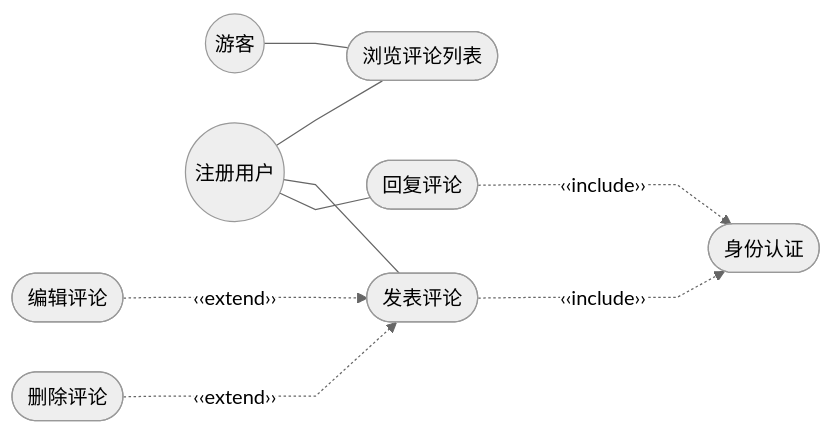
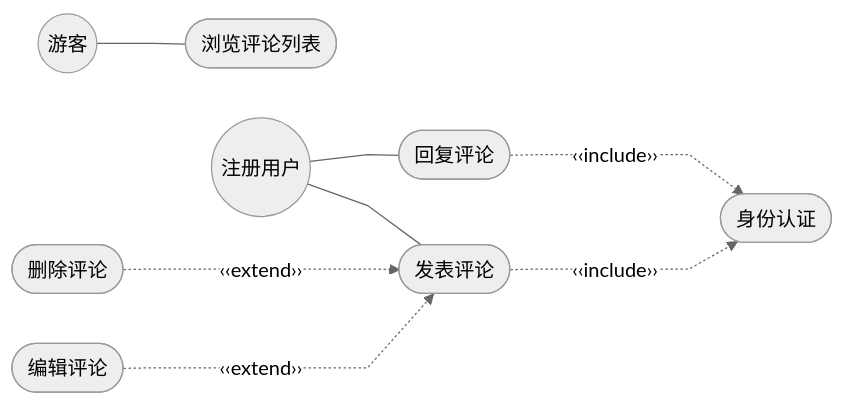
The diagram in docs/diagrams/fig3-4-comment-usecase.mmd (Wkjlovec/graduation_project_zhuang), drawn with Mermaid before and after one commit. The commit also changed 4 other files, not shown here.

Commit message:
docs: 图3-3/3-4消除交叉(每个Actor仅连其独有用例), 同步更新正文说明

```diff
--- a/docs/diagrams/fig3-4-comment-usecase.mmd
+++ b/docs/diagrams/fig3-4-comment-usecase.mmd
@@ -1,10 +1,9 @@
 %%{init: {'theme': 'neutral', 'flowchart': {'curve': 'linear', 'rankSpacing': 50, 'nodeSpacing': 40}}}%%
 graph LR
     Guest((游客)) --- UC1([浏览评论列表])
-    User((注册用户)) --- UC1
-    User --- UC2([发表评论])
+    User((注册用户)) --- UC2([发表评论])
     UC2 -..->|"‹‹include››"| UC4([身份认证])
     UC5([编辑评论]) -..->|"‹‹extend››"| UC2
     UC6([删除评论]) -..->|"‹‹extend››"| UC2
     User --- UC3([回复评论])
     UC3 -..->|"‹‹include››"| UC4
```
